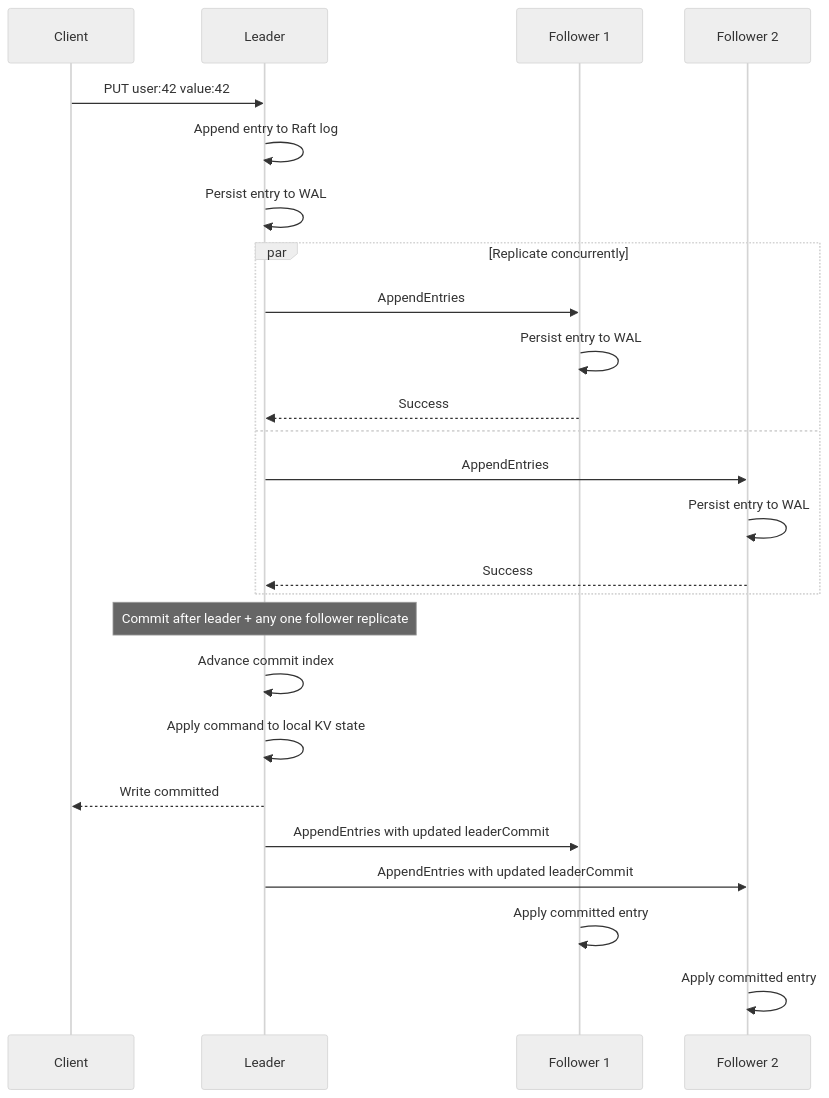
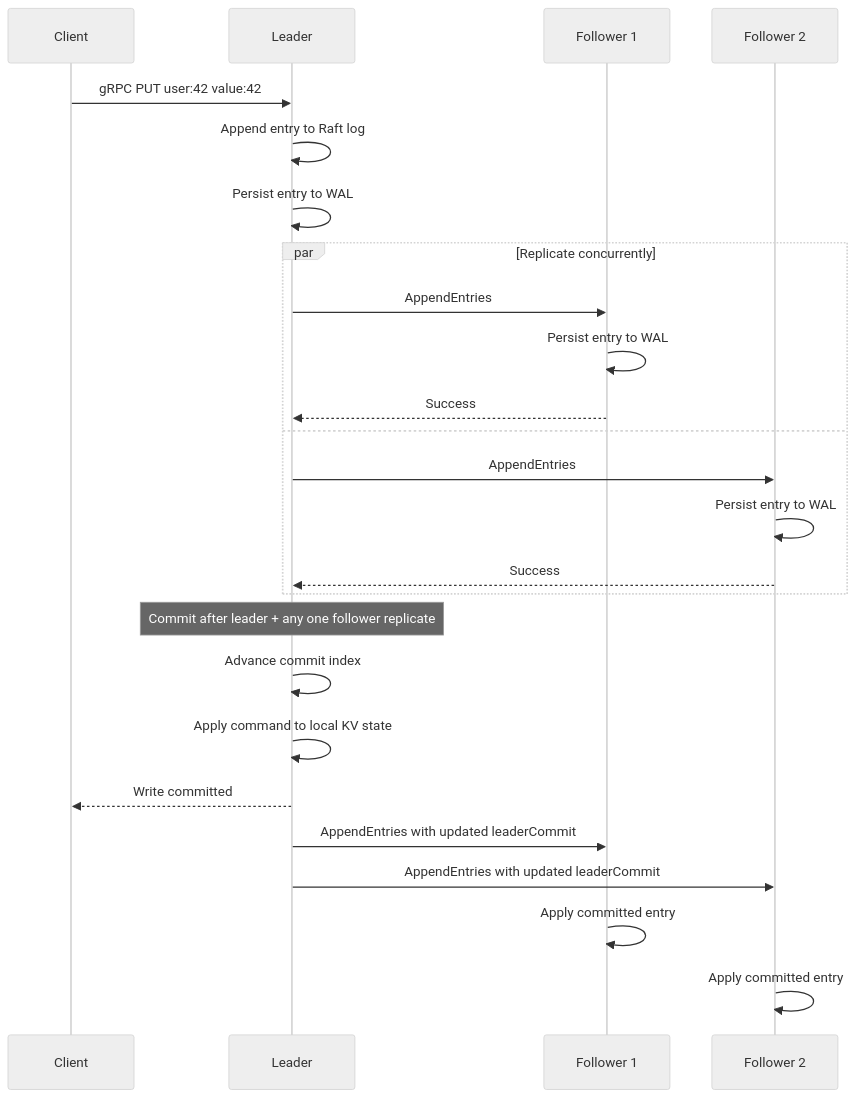
The second of 3 diagrams in README.md (sharan-s2k/distributed-key-value-store), drawn with Mermaid (neutral theme) before and after one commit. The commit also changed other lines of this file, not shown here.

Commit message:
docs: document gRPC runtime and multi-node usage

````diff
--- a/README.md
+++ b/README.md
@@ -41,31 +51,31 @@
 ```mermaid
 sequenceDiagram
     participant C as Client
     participant L as Leader
     participant F1 as Follower 1
     participant F2 as Follower 2
 
-    C->>L: PUT user:42 value:42
+    C->>L: gRPC PUT user:42 value:42
     L->>L: Append entry to Raft log
     L->>L: Persist entry to WAL
 
     par Replicate concurrently
         L->>F1: AppendEntries
         F1->>F1: Persist entry to WAL
         F1-->>L: Success
     and
         L->>F2: AppendEntries
         F2->>F2: Persist entry to WAL
         F2-->>L: Success
     end
 
     Note over L: Commit after leader + any one follower replicate
     L->>L: Advance commit index
     L->>L: Apply command to local KV state
     L-->>C: Write committed
 
     L->>F1: AppendEntries with updated leaderCommit
     L->>F2: AppendEntries with updated leaderCommit
     F1->>F1: Apply committed entry
     F2->>F2: Apply committed entry
 ```
````
